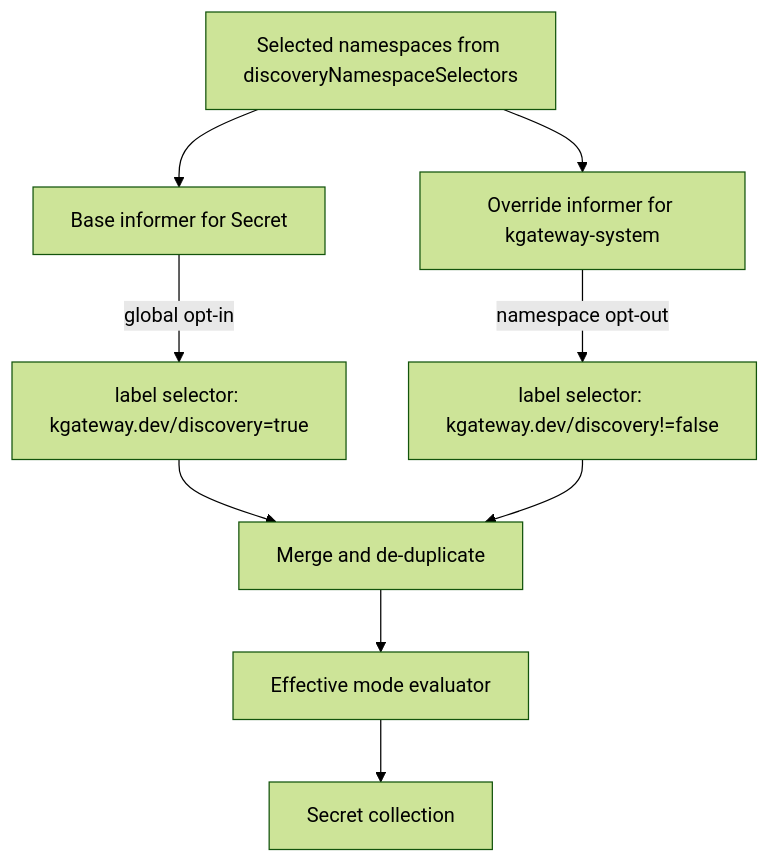
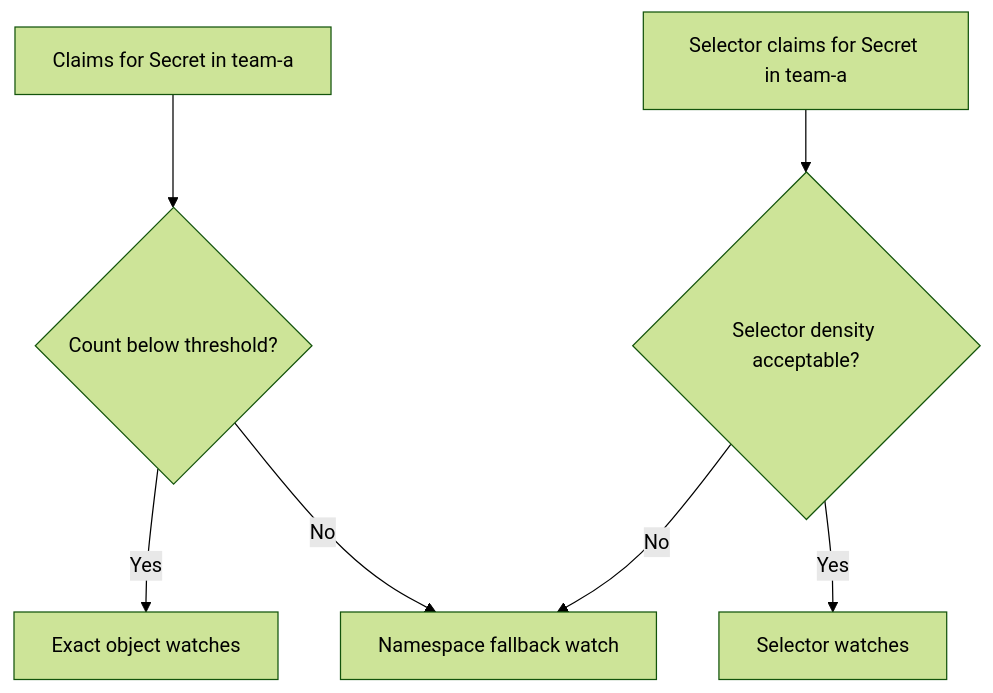
The second of 2 diagrams in design/13786-resource-discovery-scoping.md (eqinedipon/kgateway), drawn with Mermaid (forest theme) before and after one commit. The commit also changed other lines of this file, not shown here.

First line of the commit message:
Rewrite design doc for reference-driven discovery

````diff
--- a/design/13786-resource-discovery-scoping.md
+++ b/design/13786-resource-discovery-scoping.md
@@ -219,11 +283,9 @@
 ```mermaid
 flowchart TD
-    A[Selected namespaces from discoveryNamespaceSelectors] --> B[Base informer for Secret]
-    B -->|global opt-in| C[label selector: kgateway.dev/discovery=true]
-    A --> D[Override informer for kgateway-system]
-    D -->|namespace opt-out| E[label selector: kgateway.dev/discovery!=false]
-    C --> F[Merge and de-duplicate]
-    E --> F
-    F --> G[Effective mode evaluator]
-    G --> H[Secret collection]
+    A[Claims for Secret in team-a] --> B{Count below threshold?}
+    B -->|Yes| C[Exact object watches]
+    B -->|No| D[Namespace fallback watch]
+    E[Selector claims for Secret in team-a] --> F{Selector density acceptable?}
+    F -->|Yes| G[Selector watches]
+    F -->|No| D
 ```
````
